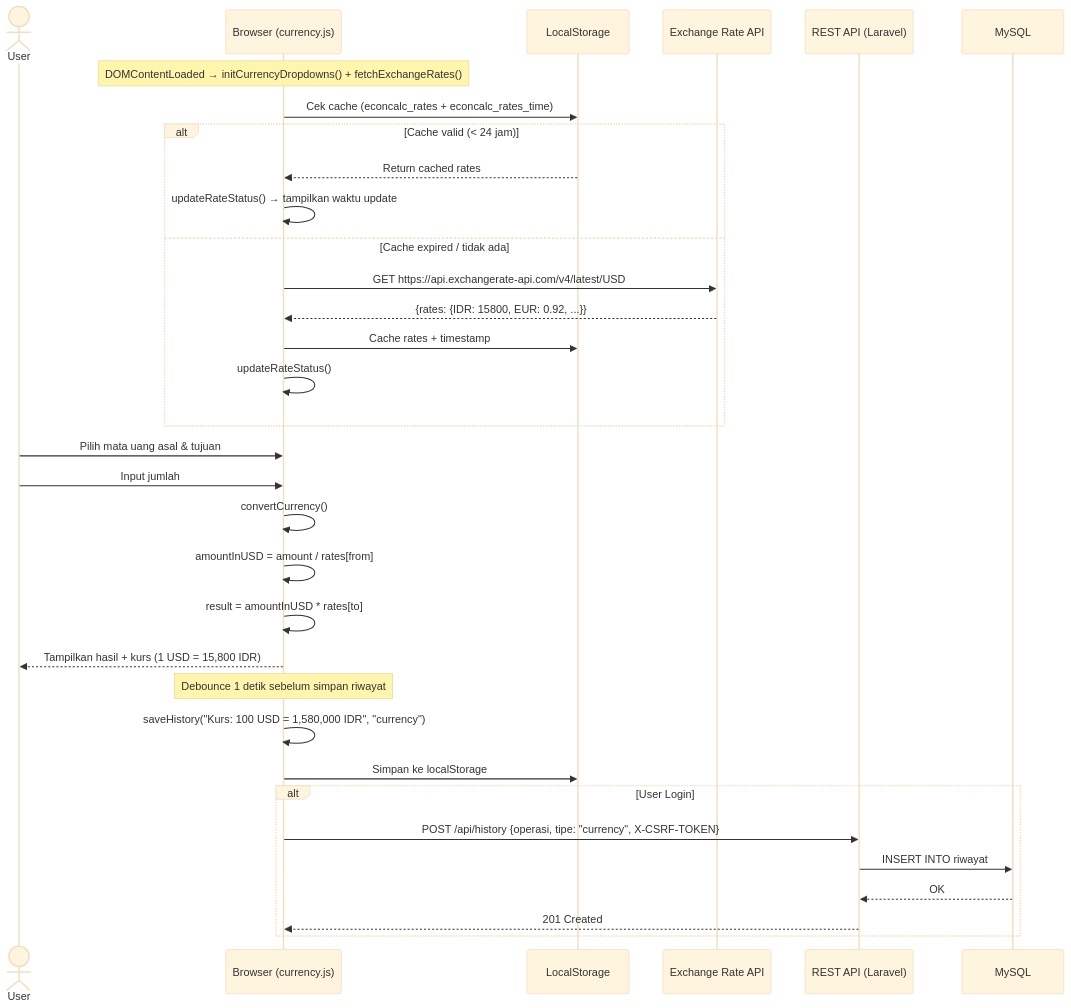
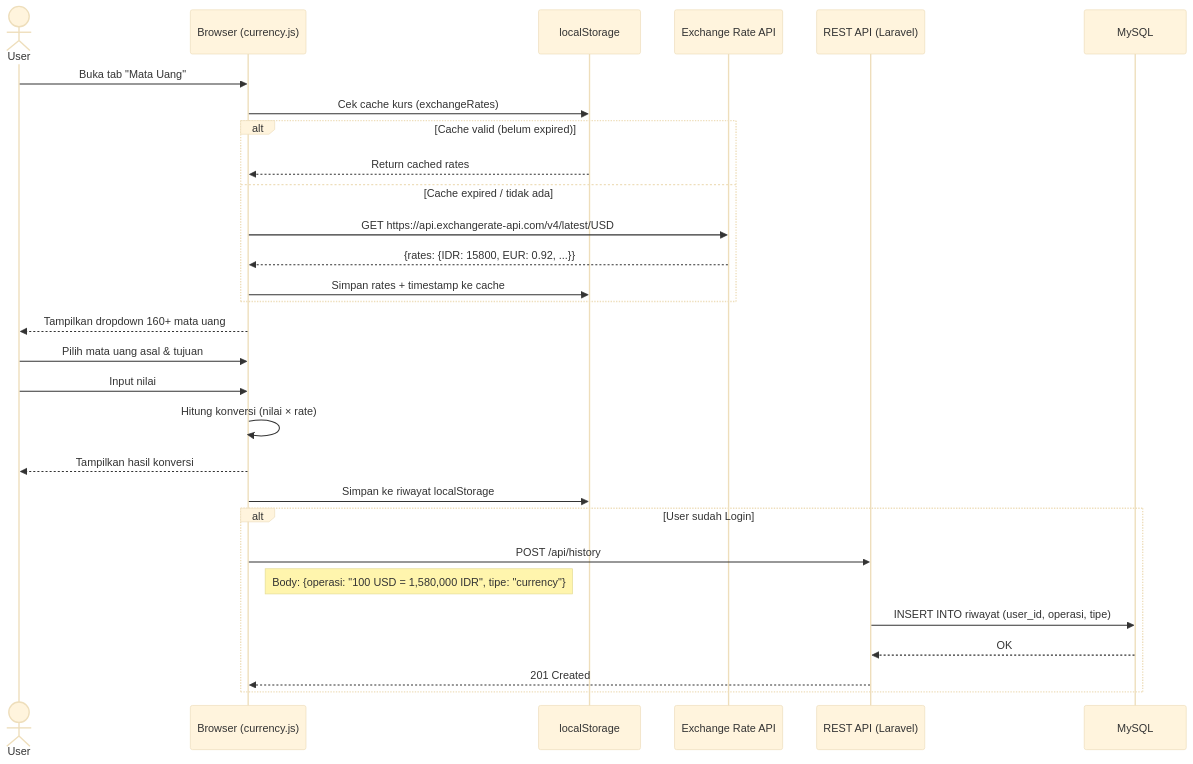
The ninth of 11 diagrams in e-concalc-web/README.md (falcon-ioi/Caclcon), drawn with Mermaid (base theme) before and after one commit. The commit also changed other lines of this file, not shown here.

Commit message:
docs: expand sequence diagrams with detailed flows (login, register, Google OAuth, calculator sync, currency converter)

````diff
--- a/e-concalc-web/README.md
+++ b/e-concalc-web/README.md
@@ -333,42 +346,34 @@
 ```mermaid
 sequenceDiagram
     actor User
     participant Browser as Browser (currency.js)
-    participant LS as LocalStorage
-    participant ExtAPI as Exchange Rate API
+    participant LS as localStorage
+    participant ExAPI as Exchange Rate API
     participant API as REST API (Laravel)
     participant DB as MySQL
 
-    Note over Browser: DOMContentLoaded → initCurrencyDropdowns() + fetchExchangeRates()
-
-    Browser->>LS: Cek cache (econcalc_rates + econcalc_rates_time)
-
-    alt Cache valid (< 24 jam)
+    User->>Browser: Buka tab "Mata Uang"
+    Browser->>LS: Cek cache kurs (exchangeRates)
+    alt Cache valid (belum expired)
         LS-->>Browser: Return cached rates
-        Browser->>Browser: updateRateStatus() → tampilkan waktu update
     else Cache expired / tidak ada
-        Browser->>ExtAPI: GET https://api.exchangerate-api.com/v4/latest/USD
-        ExtAPI-->>Browser: {rates: {IDR: 15800, EUR: 0.92, ...}}
-        Browser->>LS: Cache rates + timestamp
-        Browser->>Browser: updateRateStatus()
+        Browser->>ExAPI: GET https://api.exchangerate-api.com/v4/latest/USD
+        ExAPI-->>Browser: {rates: {IDR: 15800, EUR: 0.92, ...}}
+        Browser->>LS: Simpan rates + timestamp ke cache
     end
+    Browser-->>User: Tampilkan dropdown 160+ mata uang
 
     User->>Browser: Pilih mata uang asal & tujuan
-    User->>Browser: Input jumlah
-    Browser->>Browser: convertCurrency()
-    Browser->>Browser: amountInUSD = amount / rates[from]
-    Browser->>Browser: result = amountInUSD * rates[to]
-    Browser-->>User: Tampilkan hasil + kurs (1 USD = 15,800 IDR)
+    User->>Browser: Input nilai
+    Browser->>Browser: Hitung konversi (nilai × rate)
+    Browser-->>User: Tampilkan hasil konversi
 
-    Note over Browser: Debounce 1 detik sebelum simpan riwayat
-
-    Browser->>Browser: saveHistory("Kurs: 100 USD = 1,580,000 IDR", "currency")
-    Browser->>LS: Simpan ke localStorage
-
-    alt User Login
-        Browser->>API: POST /api/history {operasi, tipe: "currency", X-CSRF-TOKEN}
-        API->>DB: INSERT INTO riwayat
+    Browser->>LS: Simpan ke riwayat localStorage
+    alt User sudah Login
+        Browser->>API: POST /api/history
+        Note right of Browser: Body: {operasi: "100 USD = 1,580,000 IDR", tipe: "currency"}
+        API->>DB: INSERT INTO riwayat (user_id, operasi, tipe)
         DB-->>API: OK
         API-->>Browser: 201 Created
     end
 ```
````
